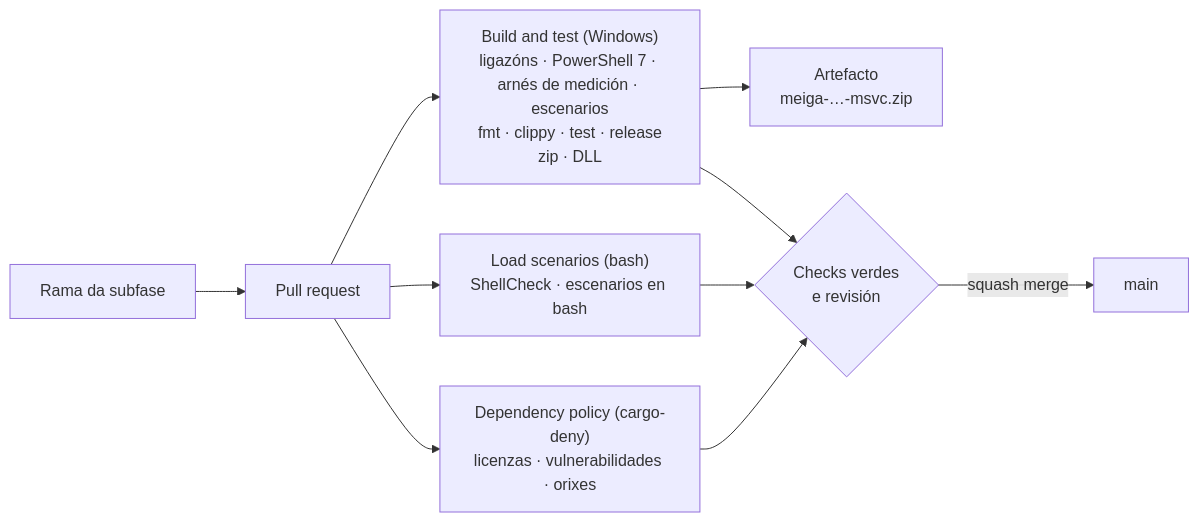
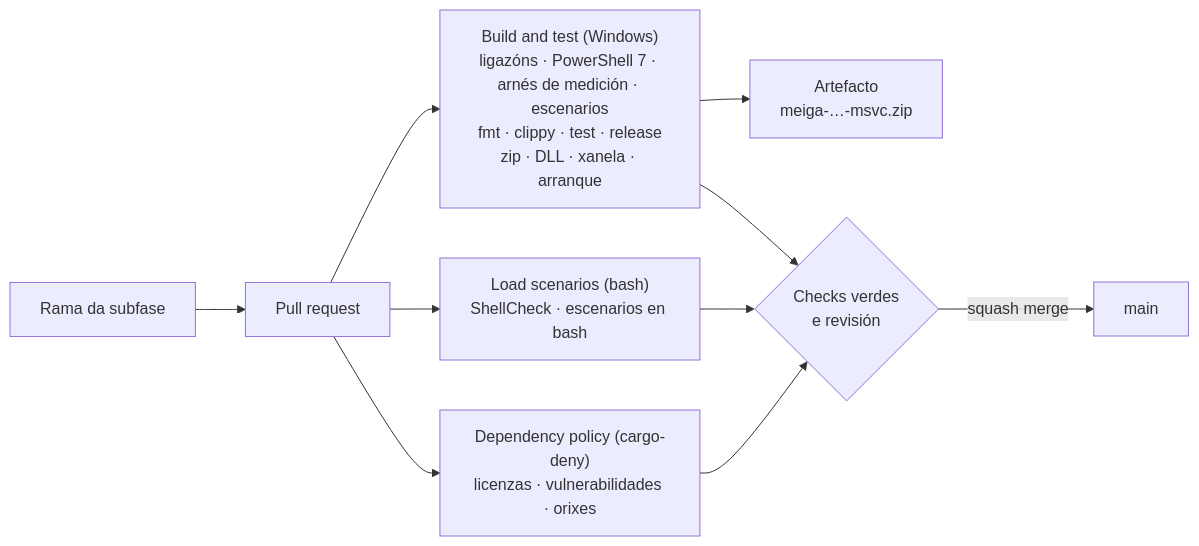
One commit to NewHouses/meiga changed the third of 5 diagrams in docs/arquitectura.md. Above: the diagram before and after it, drawn with Mermaid. The commit also changed other lines of this file and 26 other files, not shown here.

````diff
--- a/docs/arquitectura.md
+++ b/docs/arquitectura.md
@@ -108,12 +111,12 @@
 ```mermaid
 flowchart LR
     rama["Rama da subfase"] --> pr["Pull request"]
-    pr --> win["Build and test (Windows)<br/>ligazóns · PowerShell 7 · arnés de medición · escenarios<br/>fmt · clippy · test · release<br/>zip · DLL"]
+    pr --> win["Build and test (Windows)<br/>ligazóns · PowerShell 7 · arnés de medición · escenarios<br/>fmt · clippy · test · release<br/>zip · DLL · xanela · arranque"]
     pr --> scen["Load scenarios (bash)<br/>ShellCheck · escenarios en bash"]
     pr --> deny["Dependency policy (cargo-deny)<br/>licenzas · vulnerabilidades · orixes"]
     win --> art["Artefacto<br/>meiga-…-msvc.zip"]
     win --> ok{"Checks verdes<br/>e revisión"}
     scen --> ok
     deny --> ok
     ok -->|squash merge| main["main"]
 ```
````
